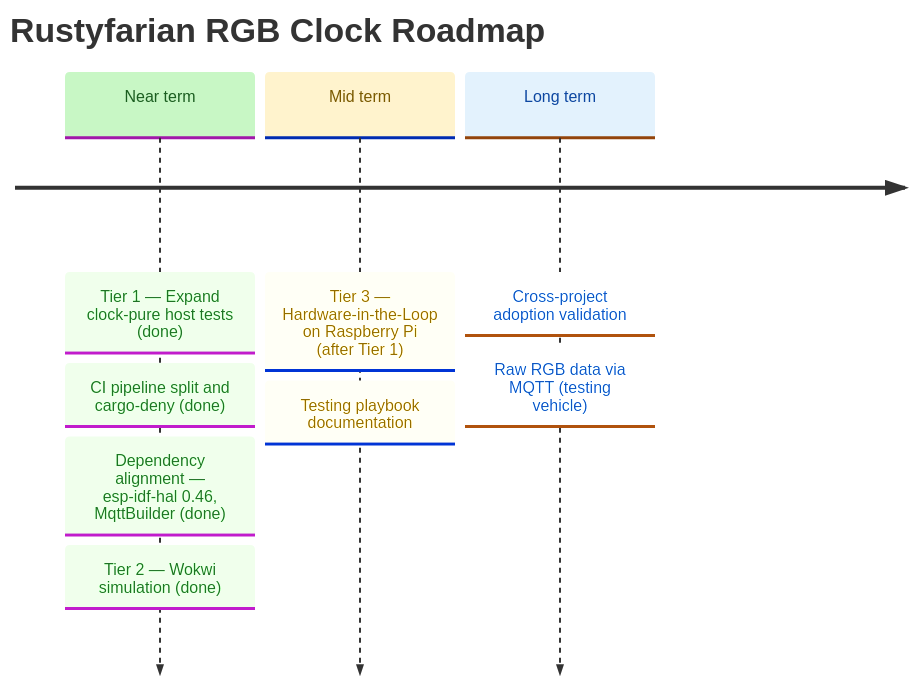
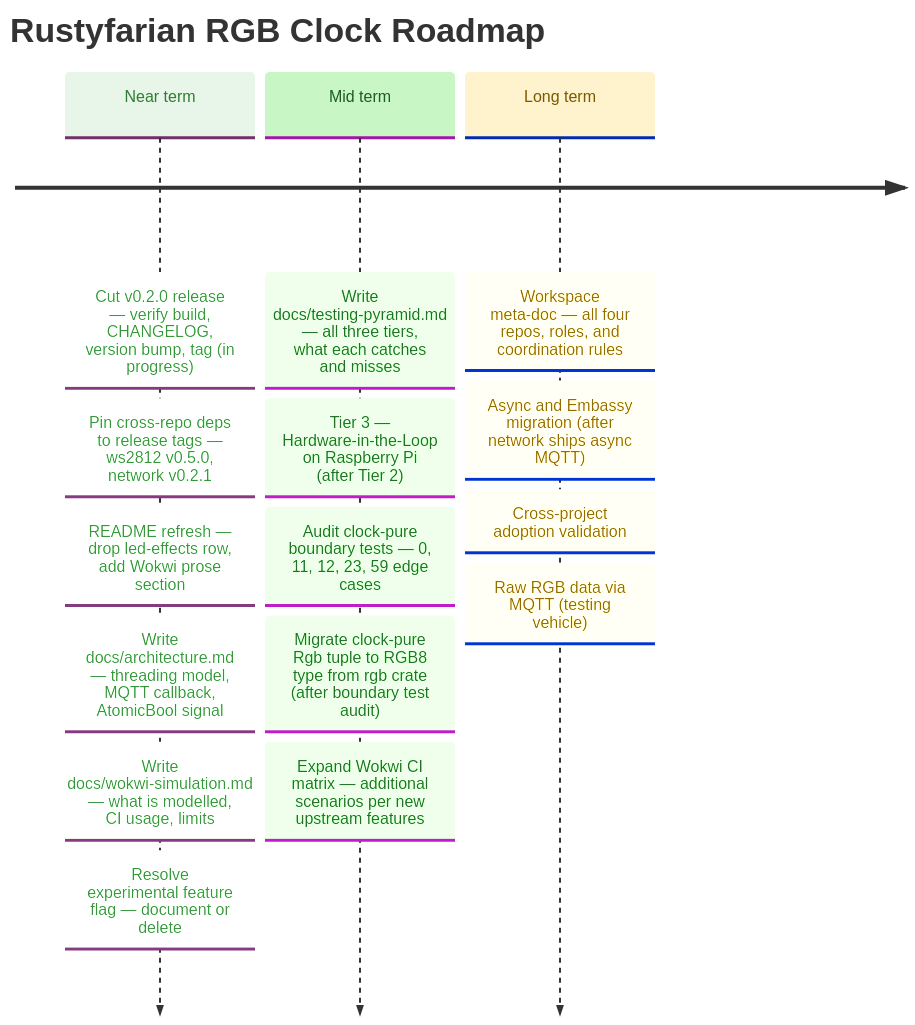
Before and after one commit to datenkollektiv/rustyfarian-rgb-clock: the diagram in docs/ROADMAP.md, drawn with Mermaid. The commit also changed other lines of this file and 1 other file, not shown here.

Commit message:
Planning 2026-05-10

````diff
--- a/docs/ROADMAP.md
+++ b/docs/ROADMAP.md
@@ -10,27 +9,36 @@
 ```mermaid
 %%{init: {
   "theme": "base",
   "themeVariables": {
-    "cScale0": "#c8f7c5",
-    "cScaleLabel0": "#1b5e20",
-    "cScale1": "#fff3cd",
-    "cScaleLabel1": "#7a5a00",
-    "cScale2": "#e3f2fd",
-    "cScaleLabel2": "#0d47a1"
+    "cScale0": "#e8f5e9",
+    "cScaleLabel0": "#2e7d32",
+    "cScale1": "#c8f7c5",
+    "cScaleLabel1": "#1b5e20",
+    "cScale2": "#fff3cd",
+    "cScaleLabel2": "#7a5a00",
+    "cScale3": "#e3f2fd",
+    "cScaleLabel3": "#0d47a1"
   }
 }}%%
 
 timeline
     title Rustyfarian RGB Clock Roadmap
 
-    Near term : Tier 1 — Expand clock-pure host tests (done)
-              : CI pipeline split and cargo-deny (done)
-              : Dependency alignment — esp-idf-hal 0.46, MqttBuilder (done)
-              : Tier 2 — Wokwi simulation (done)
+    Near term : Cut v0.2.0 release — verify build, CHANGELOG, version bump, tag (in progress)
+              : Pin cross-repo deps to release tags — ws2812 v0.5.0, network v0.2.1
+              : README refresh — drop led-effects row, add Wokwi prose section
+              : Write docs/architecture.md — threading model, MQTT callback, AtomicBool signal
+              : Write docs/wokwi-simulation.md — what is modelled, CI usage, limits
+              : Resolve experimental feature flag — document or delete
 
-    Mid term  : Tier 3 — Hardware-in-the-Loop on Raspberry Pi (after Tier 1)
-              : Testing playbook documentation
+    Mid term  : Write docs/testing-pyramid.md — all three tiers, what each catches and misses
+              : Tier 3 — Hardware-in-the-Loop on Raspberry Pi (after Tier 2)
+              : Audit clock-pure boundary tests — 0, 11, 12, 23, 59 edge cases
+              : Migrate clock-pure Rgb tuple to RGB8 type from rgb crate (after boundary test audit)
+              : Expand Wokwi CI matrix — additional scenarios per new upstream features
 
-    Long term : Cross-project adoption validation
+    Long term : Workspace meta-doc — all four repos, roles, and coordination rules
+              : Async and Embassy migration (after network ships async MQTT)
+              : Cross-project adoption validation
               : Raw RGB data via MQTT (testing vehicle)
 ```
````
